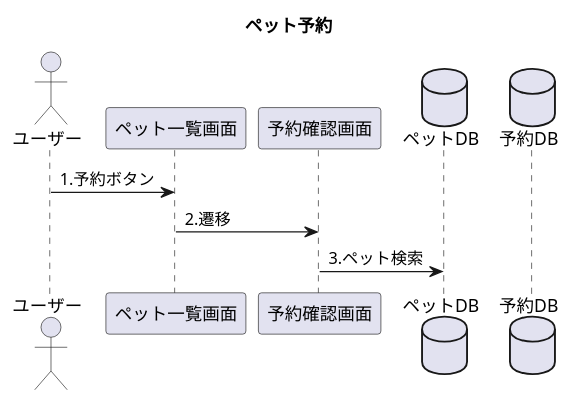
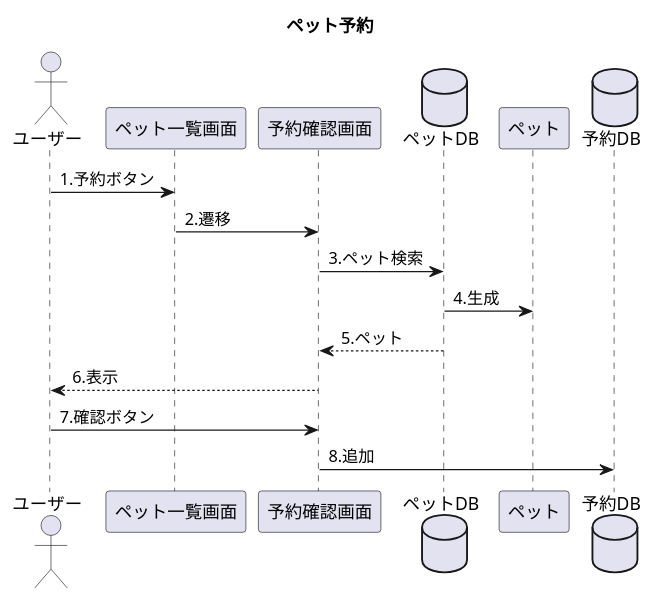
One commit to Tyamanaka07/WebSystem changed the diagram in UML/seq_booking.pu. Above: the diagram before and after it, drawn with PlantUML. The commit also changed 1 other file, not shown here.

```diff
--- a/UML/seq_booking.pu
+++ b/UML/seq_booking.pu
@@ -1,14 +1,19 @@
 @startuml
 title ペット予約
 actor ユーザー
 participant ペット一覧画面
 participant 予約確認画面
 database ペットDB
+participant ペット
 database 予約DB
 
 ユーザー->ペット一覧画面:1.予約ボタン
 ペット一覧画面->予約確認画面:2.遷移
 予約確認画面->ペットDB:3.ペット検索
-
+ペットDB->ペット:4.生成
+ペットDB-->予約確認画面:5.ペット
+予約確認画面-->ユーザー:6.表示
+ユーザー->予約確認画面:7.確認ボタン
+予約確認画面->予約DB:8.追加
 
 @enduml
```
